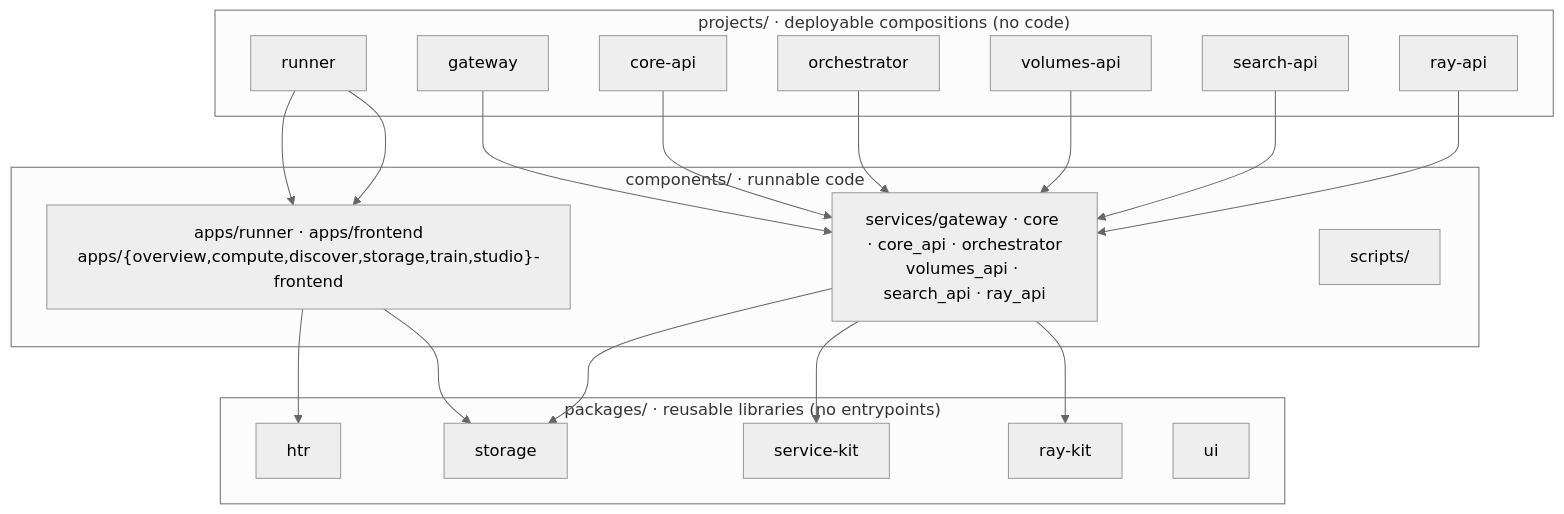
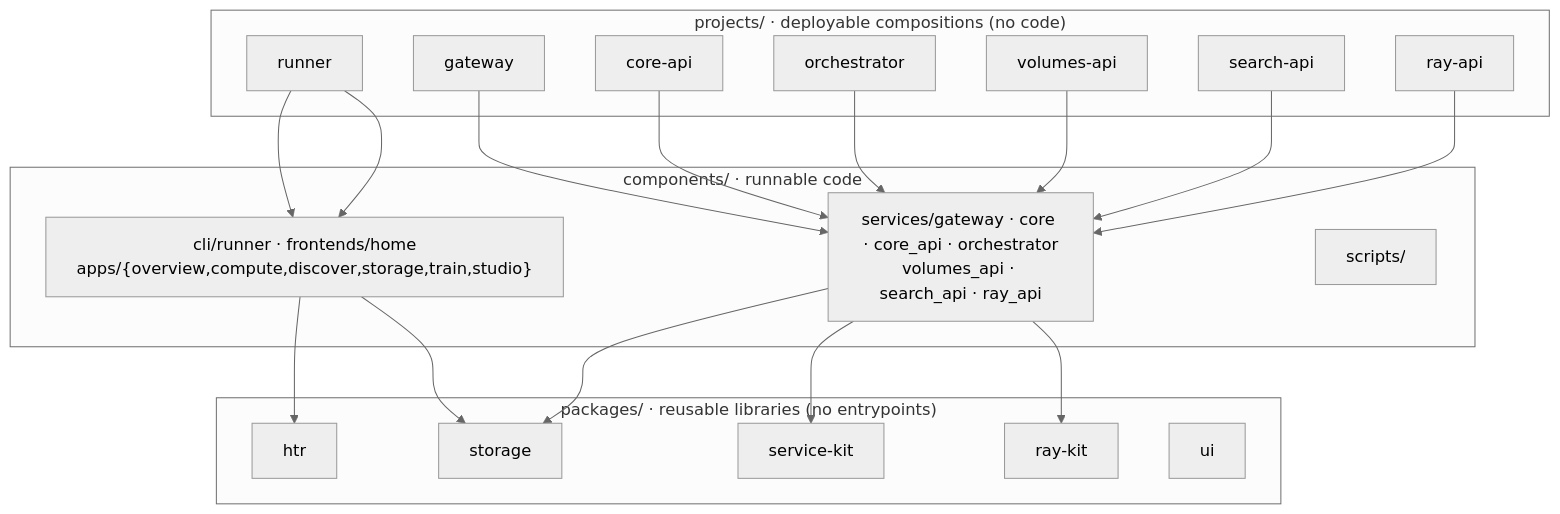
One commit to AI-Riksarkivet/rask changed the diagram in docs/architecture/layout.md. Above: the diagram before and after it, drawn with Mermaid (neutral theme). The commit also changed other lines of this file and 204 other files, not shown here.

````diff
--- a/docs/architecture/layout.md
+++ b/docs/architecture/layout.md
@@ -6,32 +6,32 @@
 ```mermaid
 flowchart TD
     subgraph projects["projects/ · deployable compositions (no code)"]
         pr["runner"]
         pgw["gateway"]
         pca["core-api"]
         po["orchestrator"]
         pv["volumes-api"]
         ps["search-api"]
         pra["ray-api"]
     end
     subgraph components["components/ · runnable code"]
-        ca["apps/runner · apps/frontend<br/>apps/{overview,compute,discover,storage,train,studio}-frontend"]
+        ca["cli/runner · frontends/home<br/>apps/{overview,compute,discover,storage,train,studio}"]
         cs["services/gateway · core · core_api · orchestrator<br/>volumes_api · search_api · ray_api"]
         cx["scripts/"]
     end
     subgraph packages["packages/ · reusable libraries (no entrypoints)"]
         ph["htr"]
         pst["storage"]
         psk["service-kit"]
         prk["ray-kit"]
         pc["ui"]
     end
     pr --> ca --> ph
     pr --> ca --> pst
     pgw --> cs --> psk
     pca --> cs
     po --> cs --> prk
     pv --> cs --> pst
     ps --> cs
     pra --> cs
 ```
````
